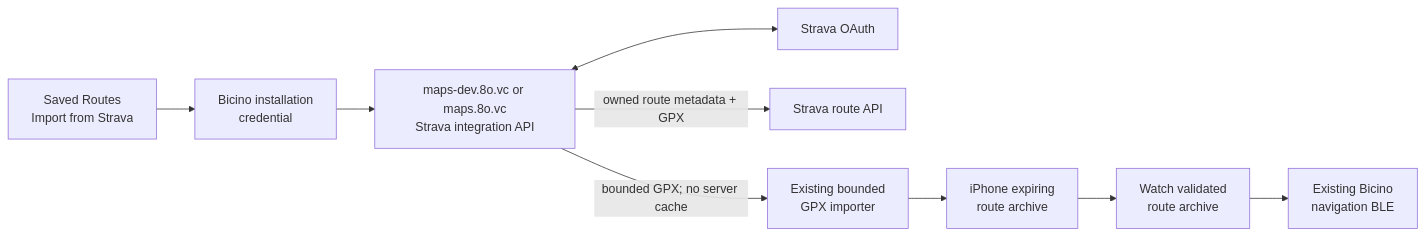
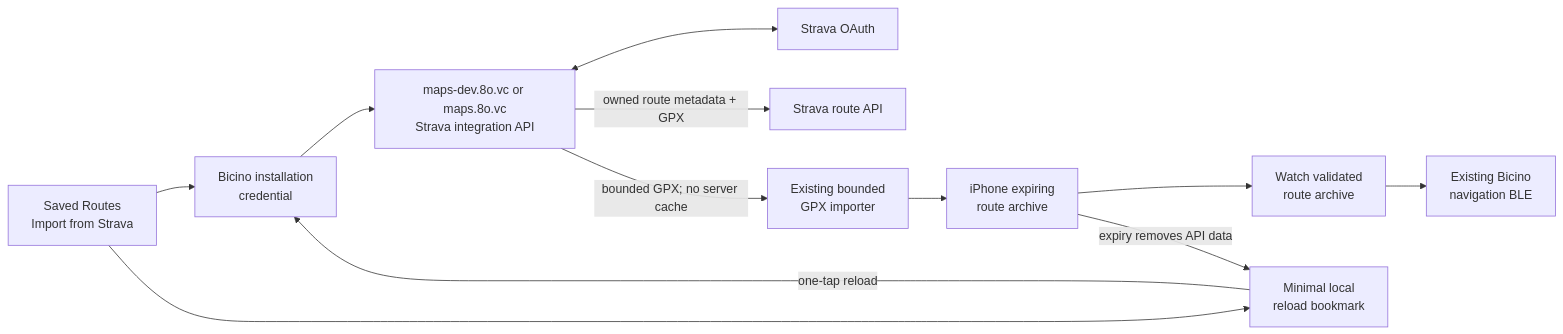
One commit to seichris/open-bike-computer changed the diagram in docs/plans/strava-route-url-import-implementation-plan.md. Above: the diagram before and after it, drawn with Mermaid. The commit also changed other lines of this file, not shown here.

Commit message:
docs: revise Strava route retention and reload

````diff
--- a/docs/plans/strava-route-url-import-implementation-plan.md
+++ b/docs/plans/strava-route-url-import-implementation-plan.md
@@ -276,18 +317,22 @@
 ```mermaid
 flowchart LR
     UI["Saved Routes<br/>Import from Strava"]
     AUTH["Bicino installation<br/>credential"]
     API["maps-dev.8o.vc or maps.8o.vc<br/>Strava integration API"]
     OAUTH["Strava OAuth"]
     ROUTES["Strava route API"]
     GPX["Existing bounded<br/>GPX importer"]
     LIB["iPhone expiring<br/>route archive"]
+    BOOKMARK["Minimal local<br/>reload bookmark"]
     WATCH["Watch validated<br/>route archive"]
     DEVICE["Existing Bicino<br/>navigation BLE"]
 
     UI --> AUTH --> API
     API <--> OAUTH
     API -->|"owned route metadata + GPX"| ROUTES
     API -->|"bounded GPX; no server cache"| GPX
     GPX --> LIB --> WATCH --> DEVICE
+    UI --> BOOKMARK
+    BOOKMARK -->|"one-tap reload"| AUTH
+    LIB -->|"expiry removes API data"| BOOKMARK
 ```
````
